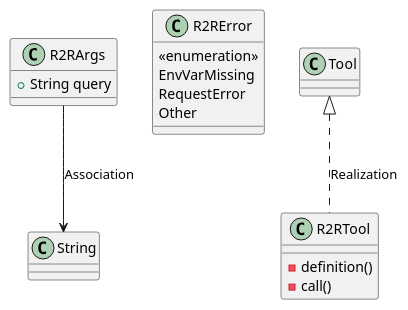
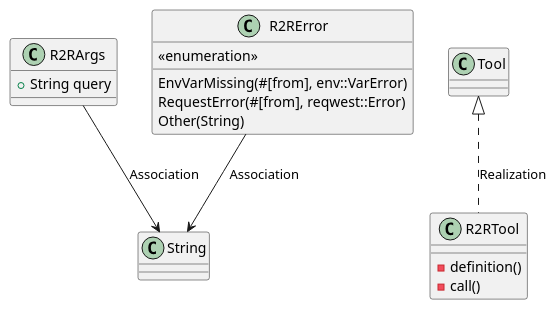
Before and after one commit to lgcorzo/fastapi-autogen-team: the first of 2 diagrams in openwiki/modules/src/infrastructure/tools/r2r.md, drawn with PlantUML. The commit also changed other lines of this file and 35 other files, not shown here.

````diff
--- a/openwiki/modules/src/infrastructure/tools/r2r.md
+++ b/openwiki/modules/src/infrastructure/tools/r2r.md
@@ -29,19 +29,20 @@
 ```plantuml
 @startuml
     class R2RArgs {
         +String query
     }
     class R2RError {
         <<enumeration>>
-        EnvVarMissing
-        RequestError
-        Other
+        EnvVarMissing(#[from], env::VarError)
+        RequestError(#[from], reqwest::Error)
+        Other(String)
     }
     class R2RTool {
         -definition()
         -call()
     }
     R2RArgs --> String : Association
+    R2RError --> String : Association
     Tool <|.. R2RTool : Realization
 @enduml
 ```
````
